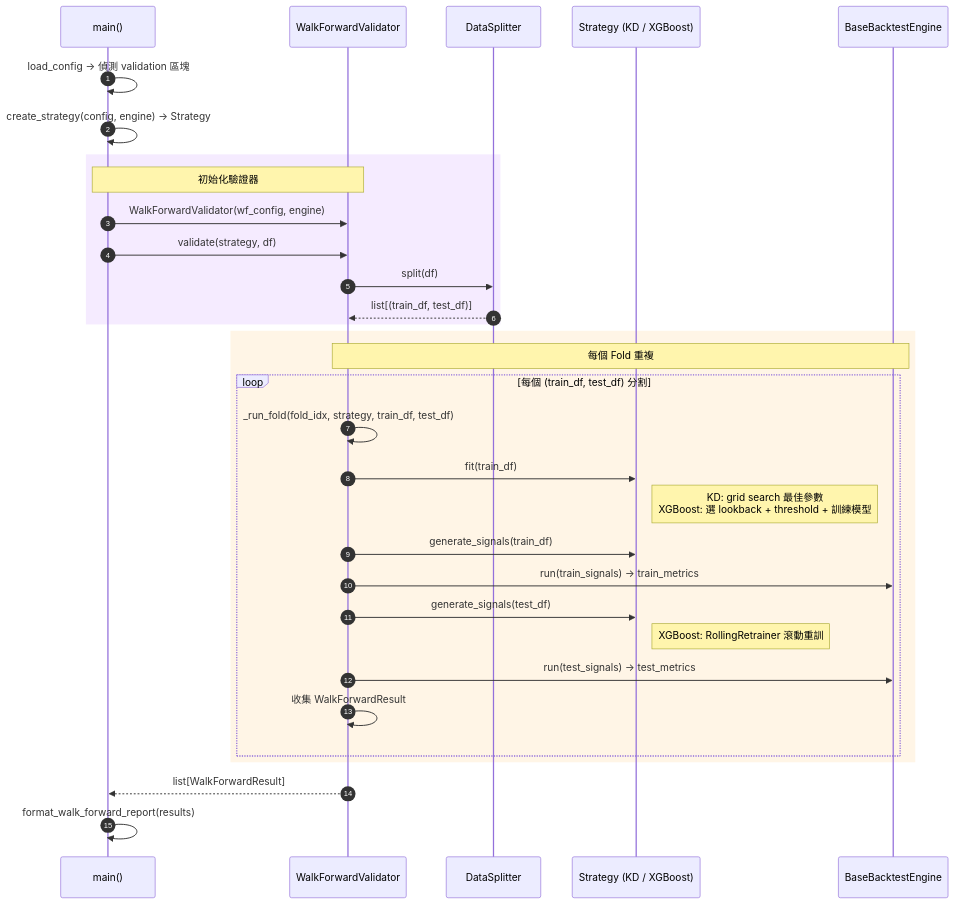
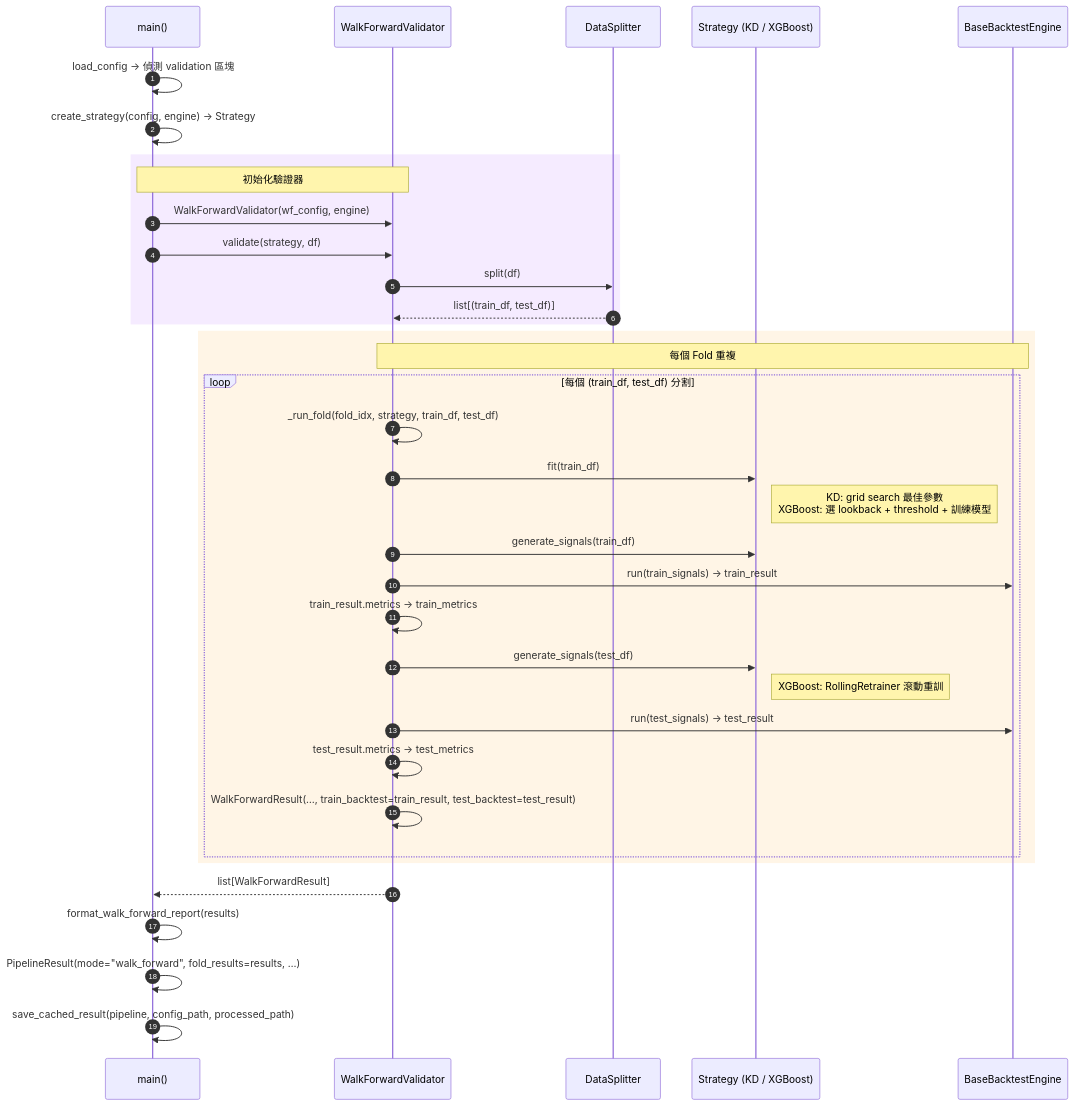
One commit to Kuan-Lun/tradingdev changed the third of 5 diagrams in ARCHITECTURE.md. Above: the diagram before and after it, drawn with Mermaid. The commit also changed other lines of this file and 7 other files, not shown here.

First line of the commit message:
feat: 新增 PipelineResult 快取機制，Dashboard 改為 viewer-only 支援 walk-forward

````diff
--- a/ARCHITECTURE.md
+++ b/ARCHITECTURE.md
@@ -395,41 +456,45 @@
 ```mermaid
 sequenceDiagram
     autonumber
     participant Main as main()
     participant WFV as WalkForwardValidator
     participant Splitter as DataSplitter
     participant Strat as Strategy (KD / XGBoost)
     participant Engine as BaseBacktestEngine
 
     Main->>Main: load_config → 偵測 validation 區塊
     Main->>Main: create_strategy(config, engine) → Strategy
 
     rect rgb(245, 235, 255)
         Note over Main,WFV: 初始化驗證器
         Main->>WFV: WalkForwardValidator(wf_config, engine)
         Main->>WFV: validate(strategy, df)
         WFV->>Splitter: split(df)
         Splitter-->>WFV: list[(train_df, test_df)]
     end
 
     rect rgb(255, 245, 230)
         Note over WFV,Engine: 每個 Fold 重複
         loop 每個 (train_df, test_df) 分割
             WFV->>WFV: _run_fold(fold_idx, strategy, train_df, test_df)
             WFV->>Strat: fit(train_df)
             Note right of Strat: KD: grid search 最佳參數<br/>XGBoost: 選 lookback + threshold + 訓練模型
 
             WFV->>Strat: generate_signals(train_df)
-            WFV->>Engine: run(train_signals) → train_metrics
+            WFV->>Engine: run(train_signals) → train_result
+            WFV->>WFV: train_result.metrics → train_metrics
 
             WFV->>Strat: generate_signals(test_df)
             Note right of Strat: XGBoost: RollingRetrainer 滾動重訓
-            WFV->>Engine: run(test_signals) → test_metrics
+            WFV->>Engine: run(test_signals) → test_result
+            WFV->>WFV: test_result.metrics → test_metrics
 
-            WFV->>WFV: 收集 WalkForwardResult
+            WFV->>WFV: WalkForwardResult(…, train_backtest=train_result, test_backtest=test_result)
         end
     end
 
     WFV-->>Main: list[WalkForwardResult]
     Main->>Main: format_walk_forward_report(results)
+    Main->>Main: PipelineResult(mode="walk_forward", fold_results=results, …)
+    Main->>Main: save_cached_result(pipeline, config_path, processed_path)
 ```
````
